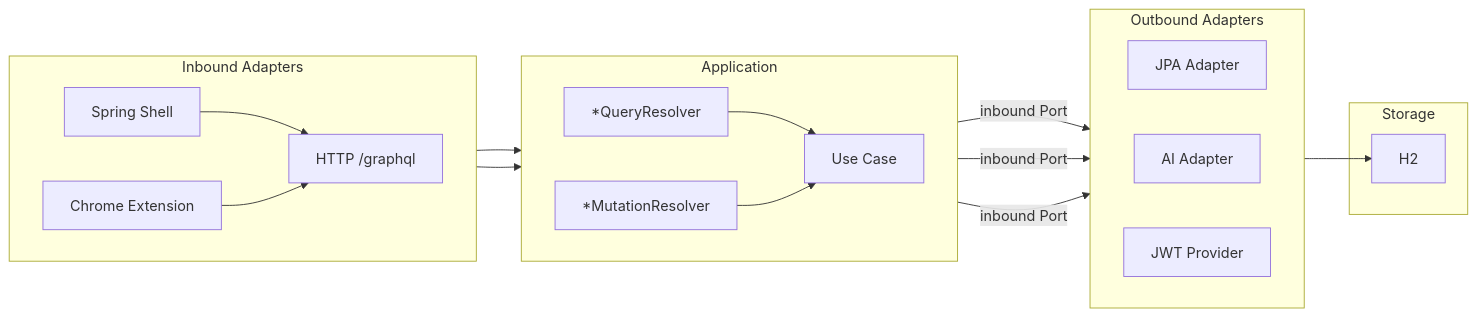
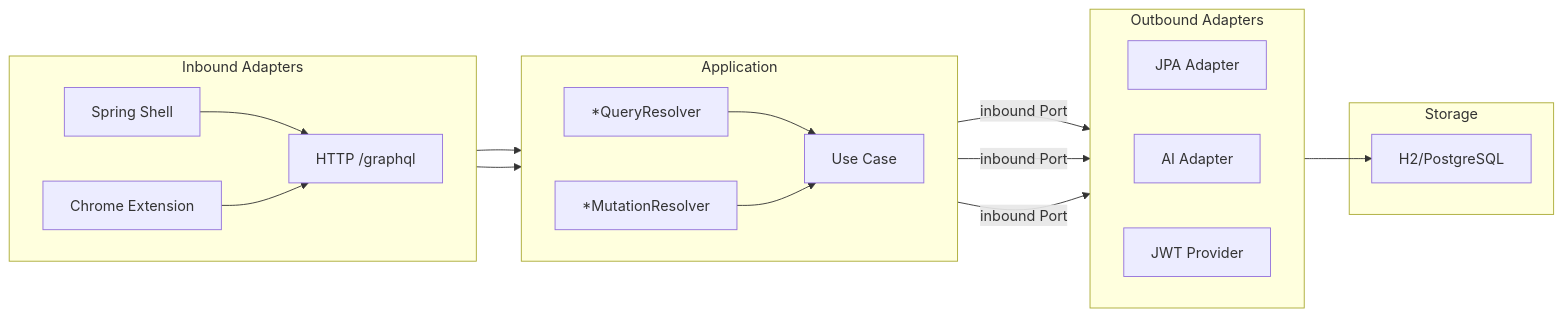
One commit to JuanPabloJimenezEsclusa/alexandra-job-tracker changed the second of 3 diagrams in README.md. Above: the diagram before and after it, drawn with Mermaid. The commit also changed other lines of this file and 31 other files, not shown here.

````diff
--- a/README.md
+++ b/README.md
@@ -109,31 +111,31 @@
 ```mermaid
 flowchart LR
     subgraph inbound [Inbound Adapters]
         direction LR
         CLI["Spring Shell"]
         BrowserExt["Chrome Extension"]
         HTTP["HTTP /graphql"]
     end
     subgraph app [Application]
         direction LR
         QR["*QueryResolver"]
         MR["*MutationResolver"]
         UC["Use Case"]
     end
     subgraph outbound [Outbound Adapters]
         direction LR
         JPA["JPA Adapter"]
         AI["AI Adapter"]
         JWT["JWT Provider"]
     end
     subgraph storage [Storage]
-        DB[H2]
+        DB[H2/PostgreSQL]
     end
 
     CLI --> HTTP
     BrowserExt --> HTTP
     HTTP --> QR & MR
     QR & MR --> UC
     UC --> |inbound Port| JPA & AI & JWT
     JPA --> DB
 ```
````
